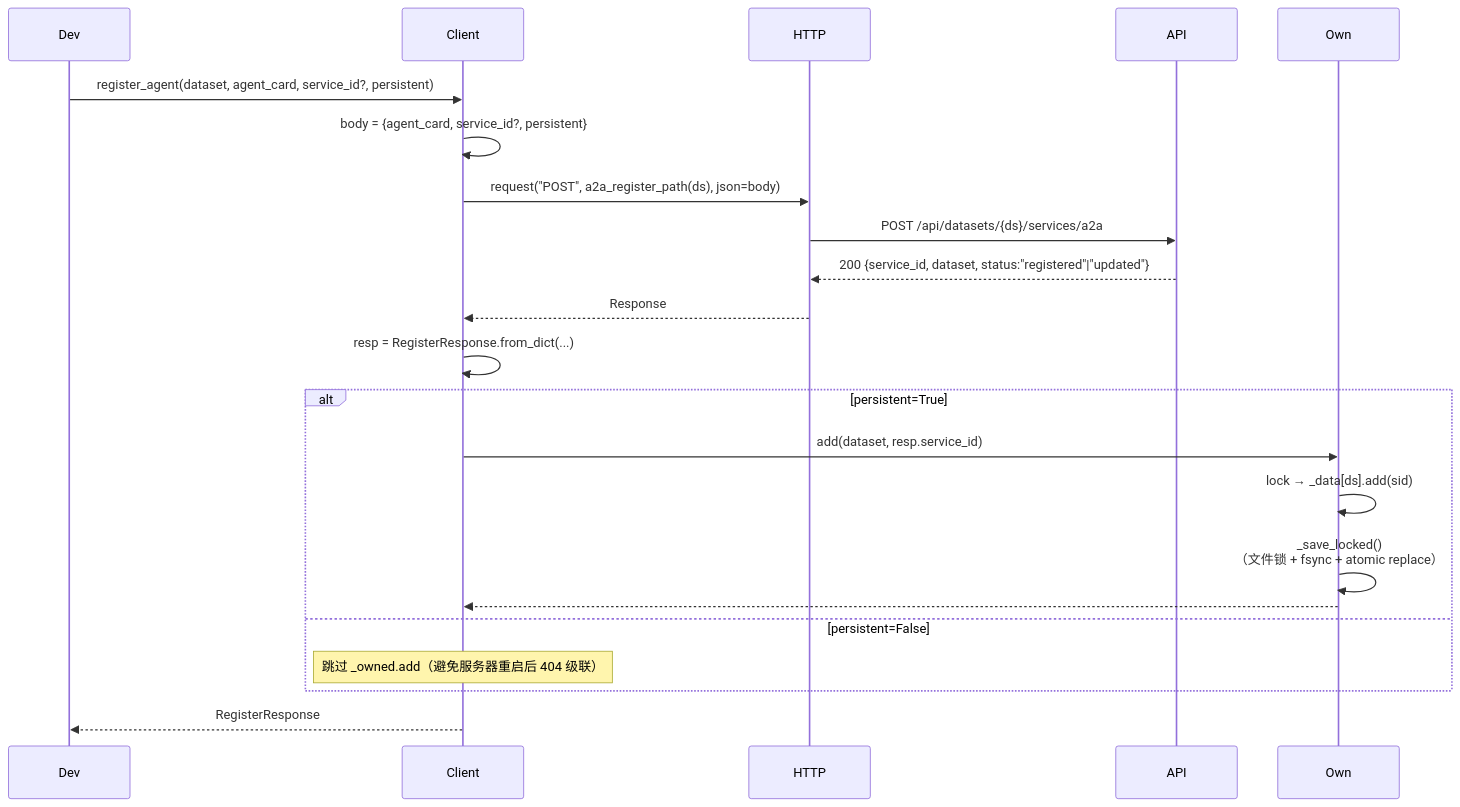
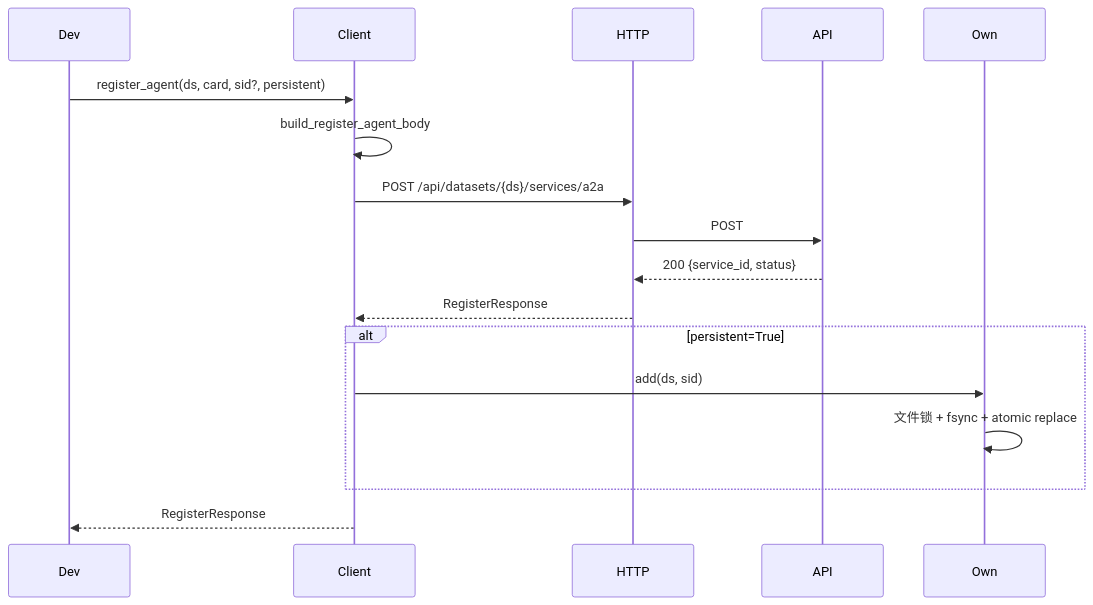
One commit to Weizheng96/A2X-registry changed the second of 6 diagrams in docs/client_design.md. Above: the diagram before and after it, drawn with Mermaid. The commit also changed other lines of this file and 5 other files, not shown here.

First line of the commit message:
feat: add team-agent helpers to client SDK

````diff
--- a/docs/client_design.md
+++ b/docs/client_design.md
@@ -450,27 +423,20 @@
 ```mermaid
 sequenceDiagram
     participant Dev
     participant Client
     participant HTTP
     participant API
     participant Own
 
-    Dev->>Client: register_agent(dataset, agent_card, service_id?, persistent)
-    Client->>Client: body = {agent_card, service_id?, persistent}
-    Client->>HTTP: request("POST", a2a_register_path(ds), json=body)
-    HTTP->>API: POST /api/datasets/{ds}/services/a2a
-    API-->>HTTP: 200 {service_id, dataset, status:"registered"|"updated"}
-    HTTP-->>Client: Response
-    Client->>Client: resp = RegisterResponse.from_dict(...)
-
+    Dev->>Client: register_agent(ds, card, sid?, persistent)
+    Client->>Client: build_register_agent_body
+    Client->>HTTP: POST /api/datasets/{ds}/services/a2a
+    HTTP->>API: POST
+    API-->>HTTP: 200 {service_id, status}
+    HTTP-->>Client: RegisterResponse
     alt persistent=True
-        Client->>Own: add(dataset, resp.service_id)
-        Own->>Own: lock → _data[ds].add(sid)
-        Own->>Own: _save_locked()<br/>（文件锁 + fsync + atomic replace）
-        Own-->>Client: 
-    else persistent=False
-        Note over Client: 跳过 _owned.add（避免服务器重启后 404 级联）
+        Client->>Own: add(ds, sid)
+        Own->>Own: 文件锁 + fsync + atomic replace
     end
-
     Client-->>Dev: RegisterResponse
 ```
````
